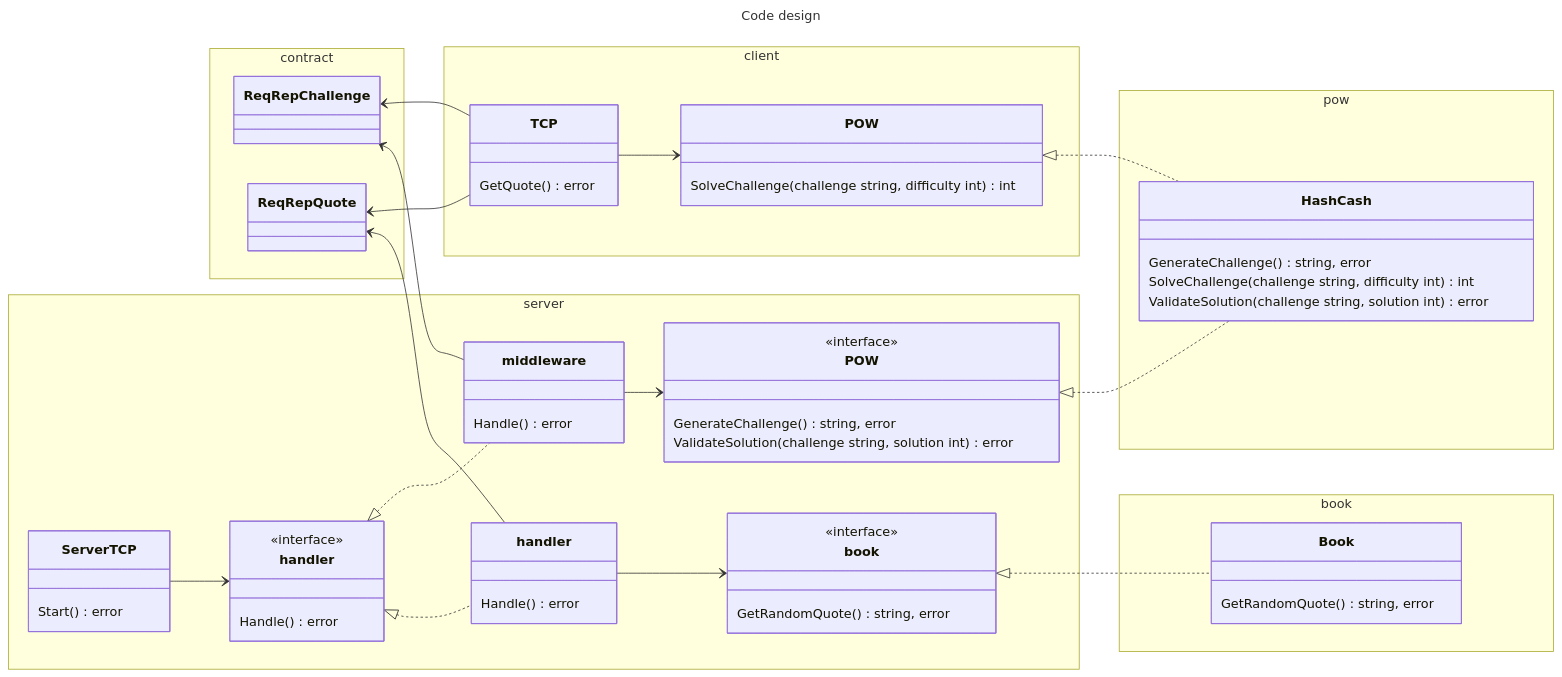
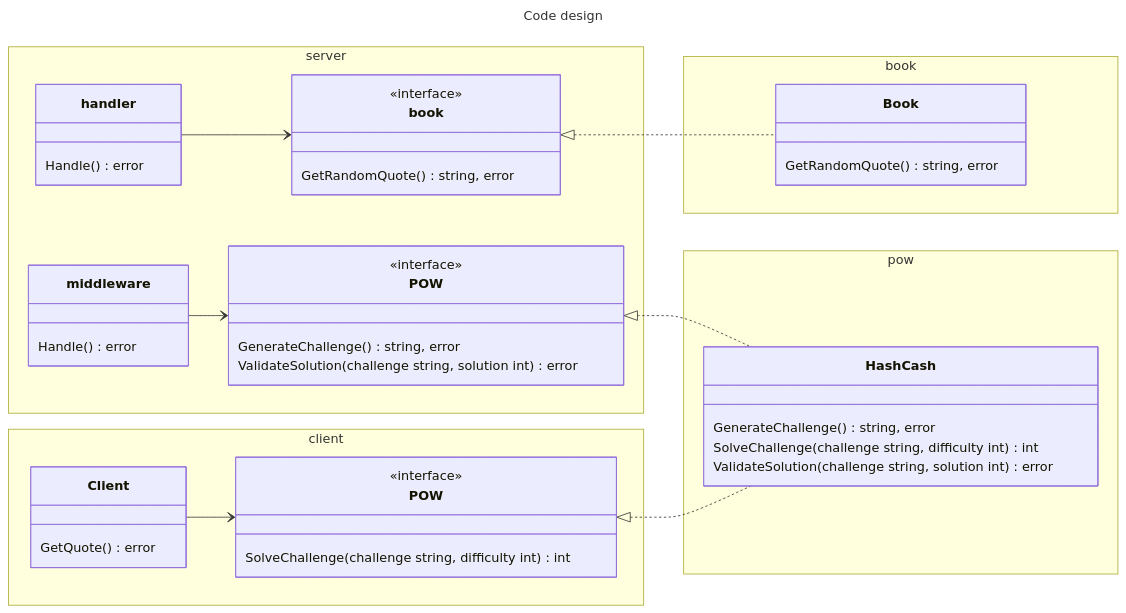
The first of 2 diagrams in README.md (itimky/faraway-test), drawn with Mermaid before and after one commit.

Commit message:
update diagram

````diff
--- a/README.md
+++ b/README.md
@@ -20,77 +20,56 @@
 ```mermaid
 ---
 title: Code design
 ---
 classDiagram
     direction LR
-    namespace contract {
-        class ReqRepChallenge {
-        }
-        class ReqRepQuote {
-        }
-    }
     namespace server {
-        class ServerTCP {
-            Start() error
-        }
-
         class ServerHandler["handler"] {
             Handle() error
         }
 
         class ServerPowMiddleware["middleware"] {
-            Handle() error
-        }
-
-        class ServerHandlerI["handler"] {
-            <<interface>>
             Handle() error
         }
 
         class ServerBook["book"] {
             <<interface>>
             GetRandomQuote() string, error
         }
 
         class ServerPOW["POW"] {
             <<interface>>
             GenerateChallenge() string, error
             ValidateSolution(challenge string, solution int) error
         }
     }
     namespace client {
-        class ClientTCP["TCP"] {
+        class ClientTCP["Client"] {
             GetQuote() error
         }
 
         class ClientPOW["POW"] {
+            <<interface>>
             SolveChallenge(challenge string, difficulty int) int
         }
     }
     namespace pow {
         class HashCash {
             GenerateChallenge() string, error
             SolveChallenge(challenge string, difficulty int) int
             ValidateSolution(challenge string, solution int) error
         }
     }
     namespace book {
         class Book {
             GetRandomQuote() string, error
         }
     }
 
-    ReqRepChallenge <-- ServerPowMiddleware
-    ReqRepQuote <-- ServerHandler
-    ServerTCP --> ServerHandlerI
-    ServerHandlerI <|.. ServerHandler
-    ServerHandlerI <|.. ServerPowMiddleware
     ServerHandler --> ServerBook
     ServerPowMiddleware --> ServerPOW
     ServerBook <|.. Book
     ServerPOW <|.. HashCash
-    ReqRepChallenge <-- ClientTCP
-    ReqRepQuote <-- ClientTCP
     ClientTCP --> ClientPOW
     ClientPOW <|.. HashCash
 ```
````
